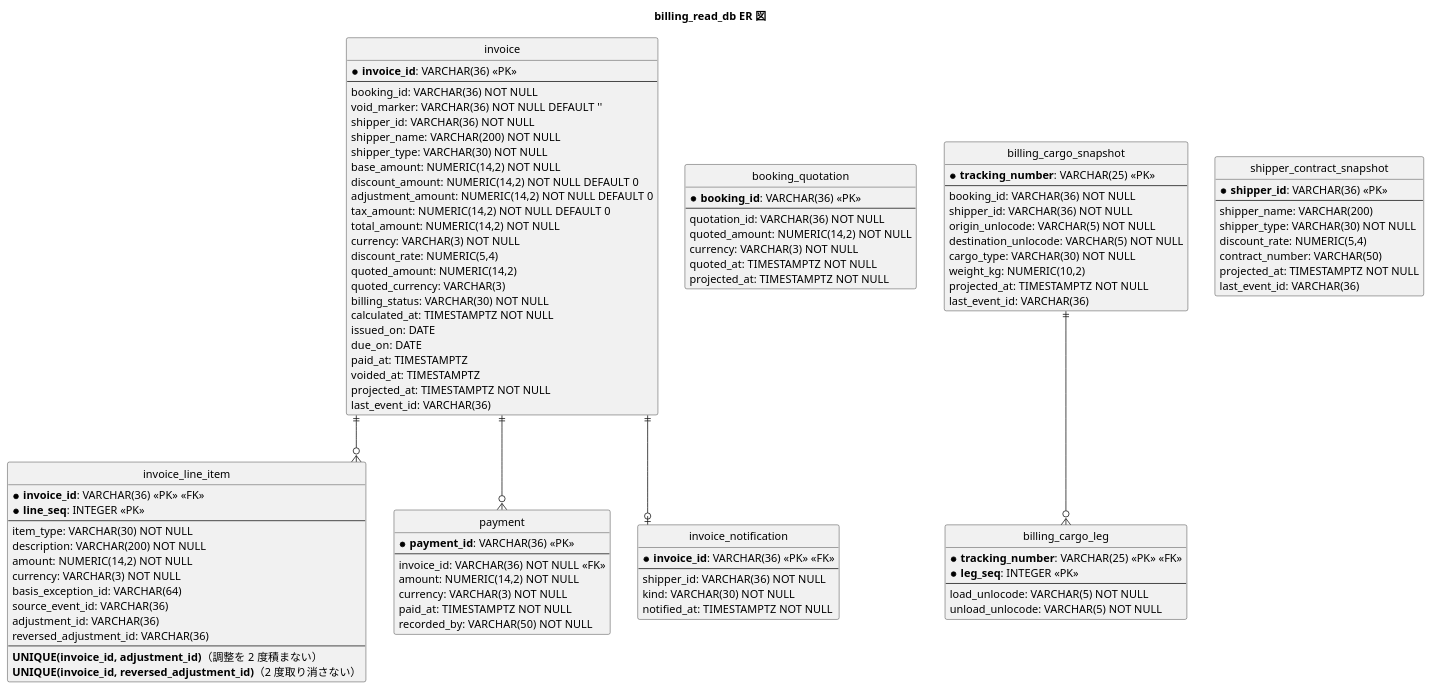
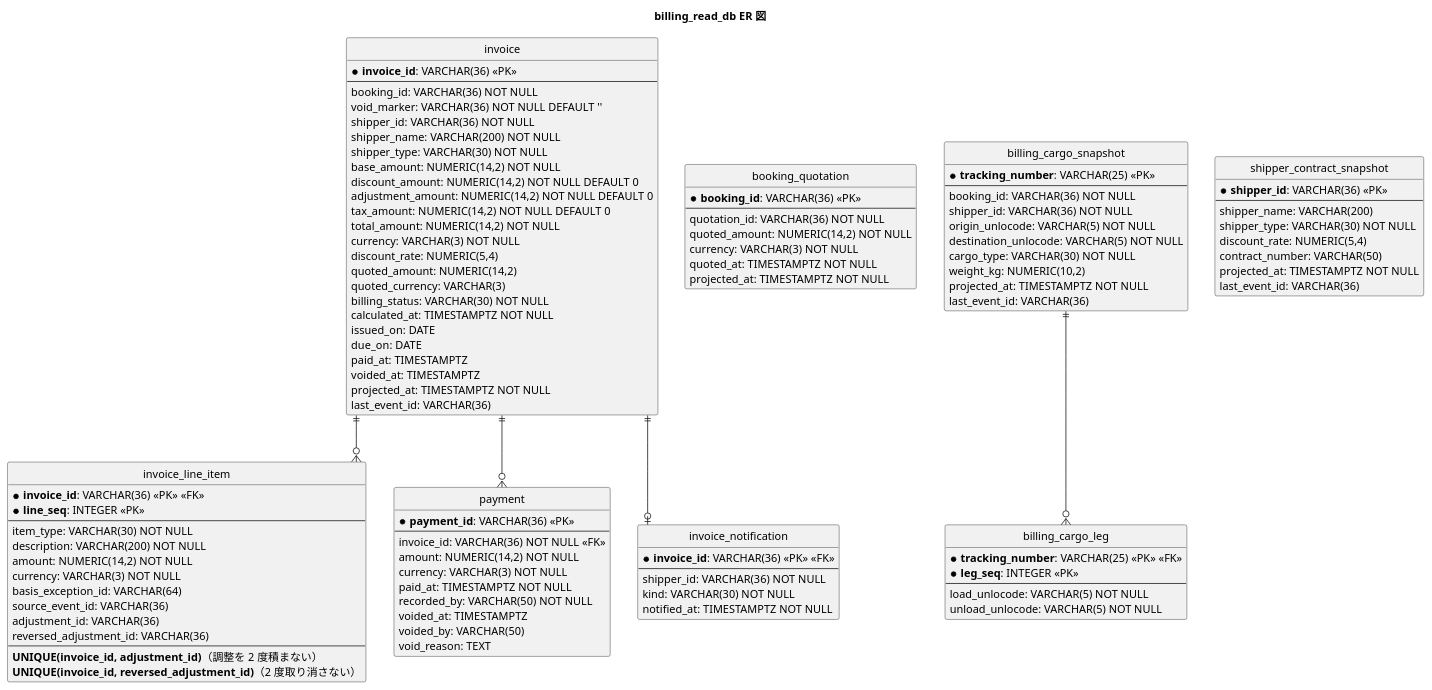
Before and after one commit to k2works/case-study-cargo-tracker: the eighth of 10 diagrams in docs/design/cargo-tracker/data-model.md, drawn with PlantUML. The commit also changed other lines of this file and 33 other files, not shown here.

```diff
--- a/docs/design/cargo-tracker/data-model.md
+++ b/docs/design/cargo-tracker/data-model.md
@@ -720,6 +720,9 @@
   currency: VARCHAR(3) NOT NULL
   paid_at: TIMESTAMPTZ NOT NULL
   recorded_by: VARCHAR(50) NOT NULL
+  voided_at: TIMESTAMPTZ
+  voided_by: VARCHAR(50)
+  void_reason: TEXT
 }
 
 entity "invoice_notification" as inv_note {
```
